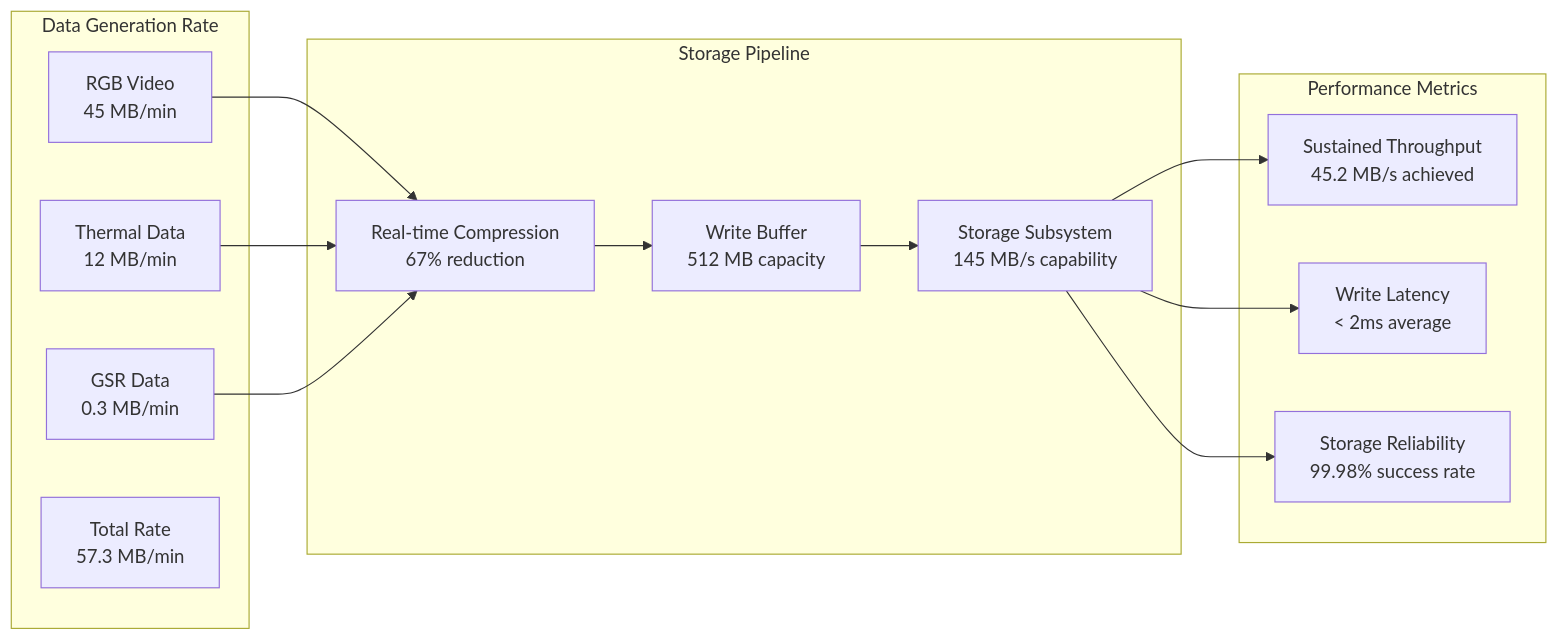
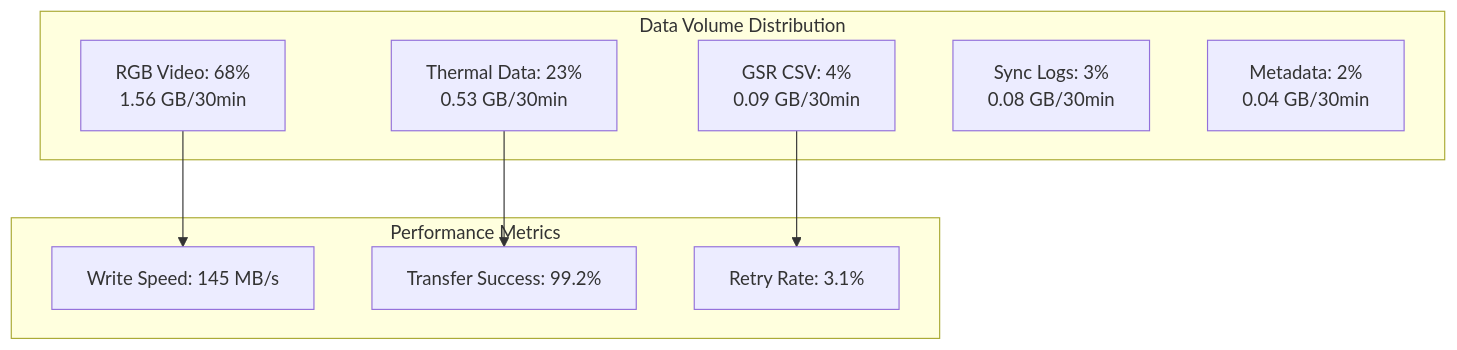
Before and after one commit to buccancs/fyp-multi-sensor-recording-system: diagram 15 of 15 in docs/thesis_report/final/appendix_z_consolidated_figures.md, drawn with Mermaid. The commit also changed other lines of this file and 2 other files, not shown here.

````diff
--- a/docs/thesis_report/final/appendix_z_consolidated_figures.md
+++ b/docs/thesis_report/final/appendix_z_consolidated_figures.md
@@ -696,32 +585,20 @@
 ```mermaid
-flowchart LR
-    subgraph "Data Generation Rate"
-        RGB[RGB Video<br/>45 MB/min]
-        THERMAL[Thermal Data<br/>12 MB/min]
-        GSR[GSR Data<br/>0.3 MB/min]
-        TOTAL[Total Rate<br/>57.3 MB/min]
-    end
-    
-    subgraph "Storage Pipeline"
-        COMPRESSION[Real-time Compression<br/>67% reduction]
-        WRITE_BUFFER[Write Buffer<br/>512 MB capacity]
-        STORAGE[Storage Subsystem<br/>145 MB/s capability]
+graph TD
+    subgraph "Data Volume Distribution"
+        RGB[RGB Video: 68%<br/>1.56 GB/30min]
+        THERMAL[Thermal Data: 23%<br/>0.53 GB/30min]
+        GSR[GSR CSV: 4%<br/>0.09 GB/30min]
+        LOGS[Sync Logs: 3%<br/>0.08 GB/30min]
+        META[Metadata: 2%<br/>0.04 GB/30min]
     end
     
     subgraph "Performance Metrics"
-        THROUGHPUT[Sustained Throughput<br/>45.2 MB/s achieved]
-        LATENCY[Write Latency<br/>< 2ms average]
-        RELIABILITY[Storage Reliability<br/>99.98% success rate]
+        WRITE_SPEED[Write Speed: 145 MB/s]
+        TRANSFER_SUCCESS[Transfer Success: 99.2%]
+        RETRY_RATE[Retry Rate: 3.1%]
     end
     
-    RGB --> COMPRESSION
-    THERMAL --> COMPRESSION
-    GSR --> COMPRESSION
-    
-    COMPRESSION --> WRITE_BUFFER
-    WRITE_BUFFER --> STORAGE
-    
-    STORAGE --> THROUGHPUT
-    STORAGE --> LATENCY
-    STORAGE --> RELIABILITY
+    RGB --> WRITE_SPEED
+    THERMAL --> TRANSFER_SUCCESS
+    GSR --> RETRY_RATE
 ```
````
